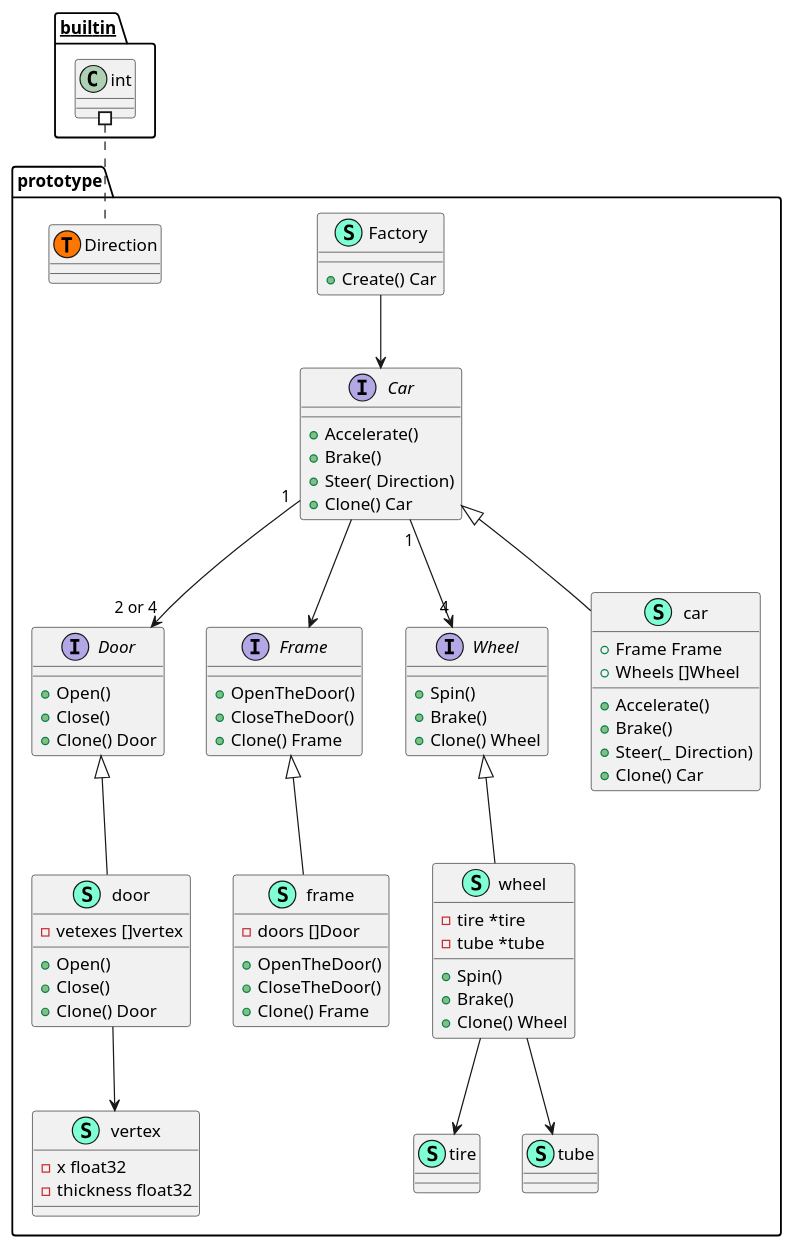
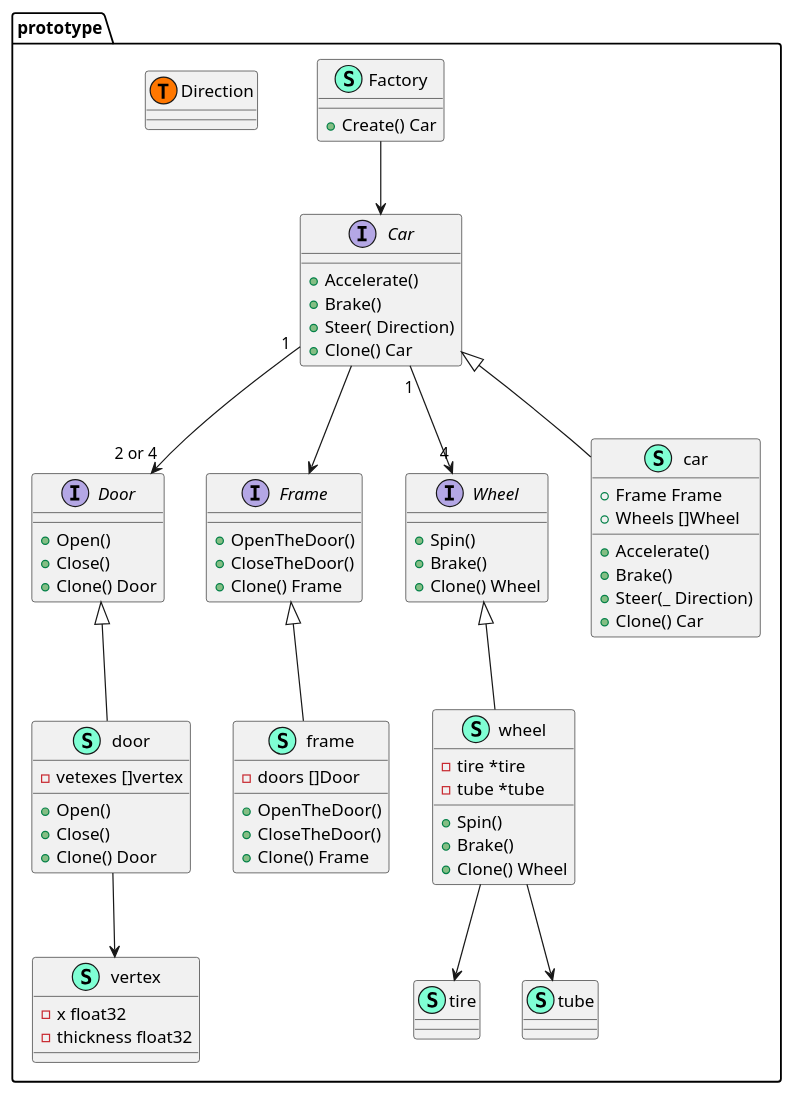
One commit to hitzhangjie/go-patterns changed the diagram in creational/4_prototype/file.puml. Above: the diagram before and after it, drawn with PlantUML. The commit also changed 4 other files, not shown here.

```diff
--- a/creational/4_prototype/file.puml
+++ b/creational/4_prototype/file.puml
@@ -1,95 +1,95 @@
 @startuml
 namespace prototype {
     interface Car  {
         + Accelerate() 
         + Brake() 
         + Steer( Direction) 
         + Clone() Car
 
     }
     interface Door  {
         + Open() 
         + Close() 
         + Clone() Door
 
     }
     class Factory << (S,Aquamarine) >> {
         + Create() Car
 
     }
     interface Frame  {
         + OpenTheDoor() 
         + CloseTheDoor() 
         + Clone() Frame
 
     }
     interface Wheel  {
         + Spin() 
         + Brake() 
         + Clone() Wheel
 
     }
     class car << (S,Aquamarine) >> {
         + Frame Frame
         + Wheels []Wheel
 
         + Accelerate() 
         + Brake() 
         + Steer(_ Direction) 
         + Clone() Car
 
     }
     class door << (S,Aquamarine) >> {
         - vetexes []vertex
 
         + Open() 
         + Close() 
         + Clone() Door
 
     }
     class frame << (S,Aquamarine) >> {
         - doors []Door
 
         + OpenTheDoor() 
         + CloseTheDoor() 
         + Clone() Frame
 
     }
     class prototype.Direction << (T, #FF7700) >>  {
     }
     class tire << (S,Aquamarine) >> {
     }
     class tube << (S,Aquamarine) >> {
     }
     class vertex << (S,Aquamarine) >> {
         - x float32
         - thickness float32
 
     }
     class wheel << (S,Aquamarine) >> {
         - tire *tire
         - tube *tube
 
         + Spin() 
         + Brake() 
         + Clone() Wheel
 
     }
 }
 
 "prototype.Car" <|-- "prototype.car"
 "prototype.Door" <|-- "prototype.door"
 "prototype.door" --> "prototype.vertex"
 "prototype.Frame" <|-- "prototype.frame"
 "prototype.Wheel" <|-- "prototype.wheel"
 "prototype.wheel" --> "prototype.tire"
 "prototype.wheel" --> "prototype.tube"
 
 "prototype.Car" --> "prototype.Frame"
 "prototype.Car" "1" --> "4" "prototype.Wheel"
 "prototype.Car" "1" --> "2 or 4" "prototype.Door"
 
 "prototype.Factory" --> "prototype.Car"
 
-"__builtin__.int" #.. "prototype.Direction"
+' "__builtin__.int" #.. "prototype.Direction"
 @enduml
```
